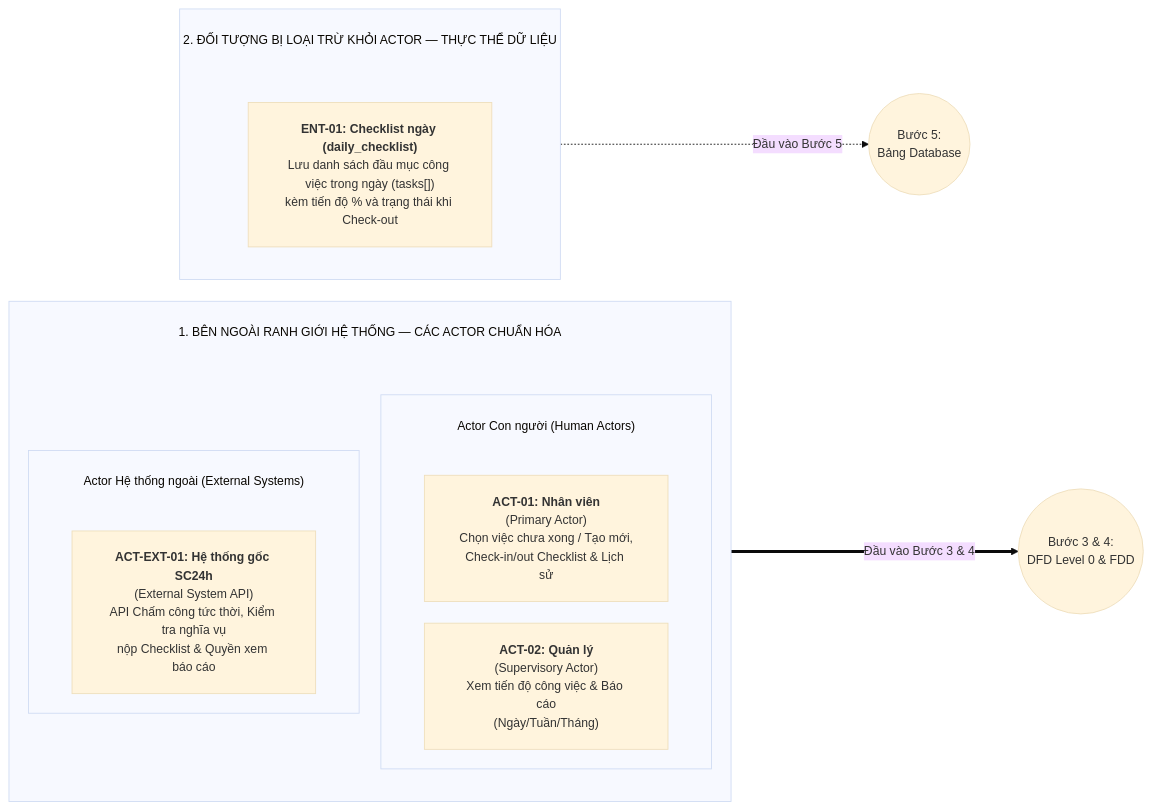
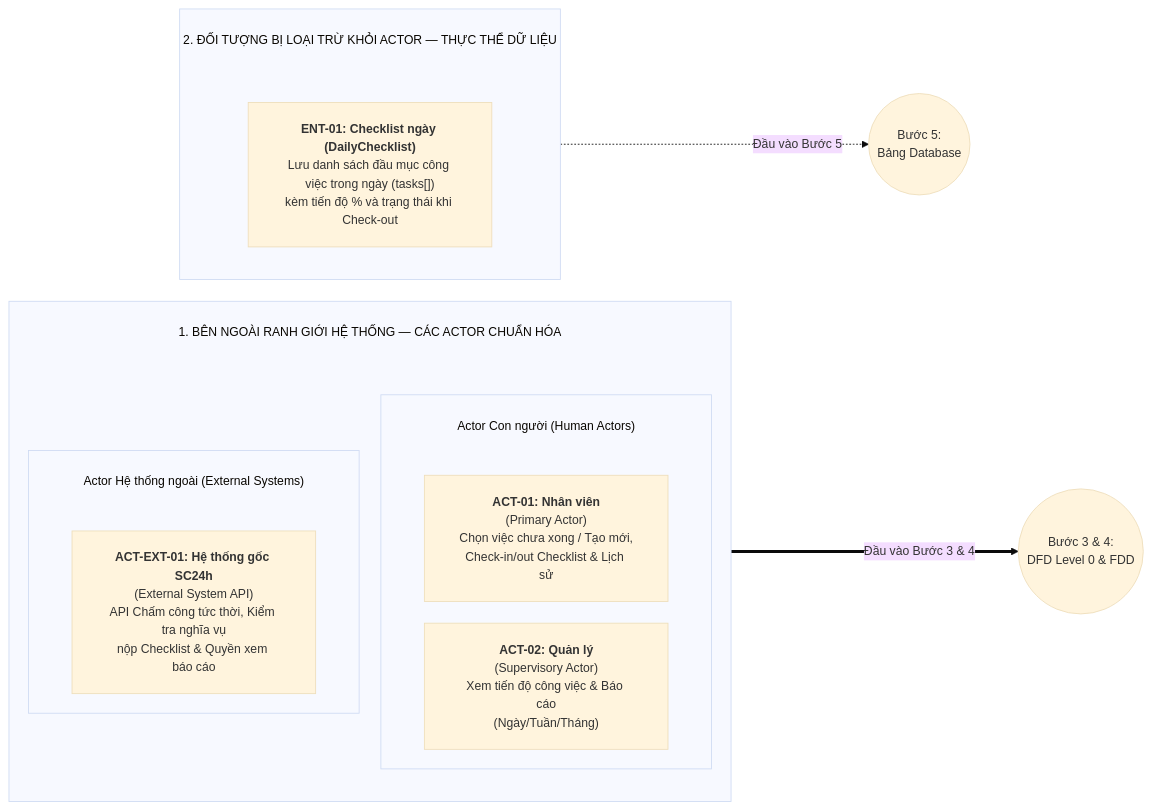
Before and after one commit to hungnm3112/project-timekeeper: the diagram in md/analysis/2-actor-identification.md, drawn with Mermaid. The commit also changed other lines of this file and 10 other files, not shown here.

````diff
--- a/md/analysis/2-actor-identification.md
+++ b/md/analysis/2-actor-identification.md
@@ -94,33 +94,33 @@
 ```mermaid
 %%{init: {
   'theme': 'base',
   'themeVariables': {
     'fontSize': '14px'
   },
   'flowchart': {
     'subGraphTitleMargin': { 'top': 25, 'bottom': 45 },
     'nodeSpacing': 25,
     'rankSpacing': 50,
     'padding': 20
   }
 }}%%
 flowchart LR
     subgraph K1["1. BÊN NGOÀI RANH GIỚI HỆ THỐNG — CÁC ACTOR CHUẨN HÓA"]
         direction TB
         subgraph HUM["Actor Con người (Human Actors)"]
             direction LR
             ACT01["<b>ACT-01: Nhân viên</b><br/>(Primary Actor)<br/>Chọn việc chưa xong / Tạo mới,<br/>Check-in/out Checklist & Lịch sử"]
             ACT02["<b>ACT-02: Quản lý</b><br/>(Supervisory Actor)<br/>Xem tiến độ công việc & Báo cáo<br/>(Ngày/Tuần/Tháng)"]
         end
         subgraph SYS_EXT["Actor Hệ thống ngoài (External Systems)"]
             EXT01["<b>ACT-EXT-01: Hệ thống gốc SC24h</b><br/>(External System API)<br/>API Chấm công tức thời, Kiểm tra nghĩa vụ<br/>nộp Checklist & Quyền xem báo cáo"]
         end
     end
 
     subgraph K3["2. ĐỐI TƯỢNG BỊ LOẠI TRỪ KHỎI ACTOR — THỰC THỂ DỮ LIỆU"]
-        ENT01["<b>ENT-01: Checklist ngày (daily_checklist)</b><br/>Lưu danh sách đầu mục công việc trong ngày (tasks[])<br/>kèm tiến độ % và trạng thái khi Check-out"]
+        ENT01["<b>ENT-01: Checklist ngày (DailyChecklist)</b><br/>Lưu danh sách đầu mục công việc trong ngày (tasks[])<br/>kèm tiến độ % và trạng thái khi Check-out"]
     end
 
     K1 ===>|"Đầu vào Bước 3 & 4"| B3(("Bước 3 & 4:<br/>DFD Level 0 & FDD"))
     K3 -.->|"Đầu vào Bước 5"| B5(("Bước 5:<br/>Bảng Database"))
 ```
````
